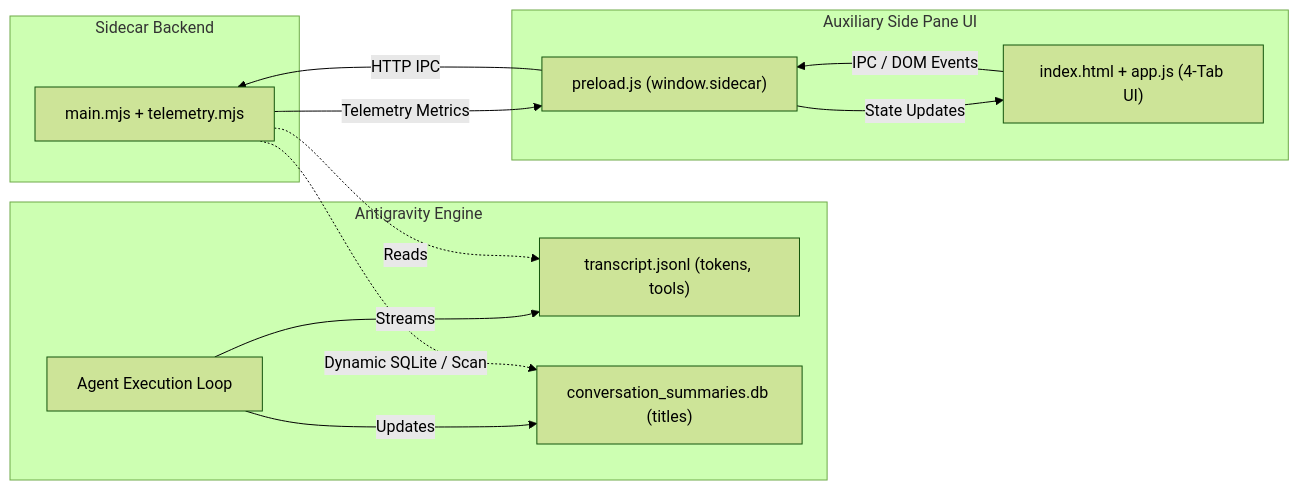
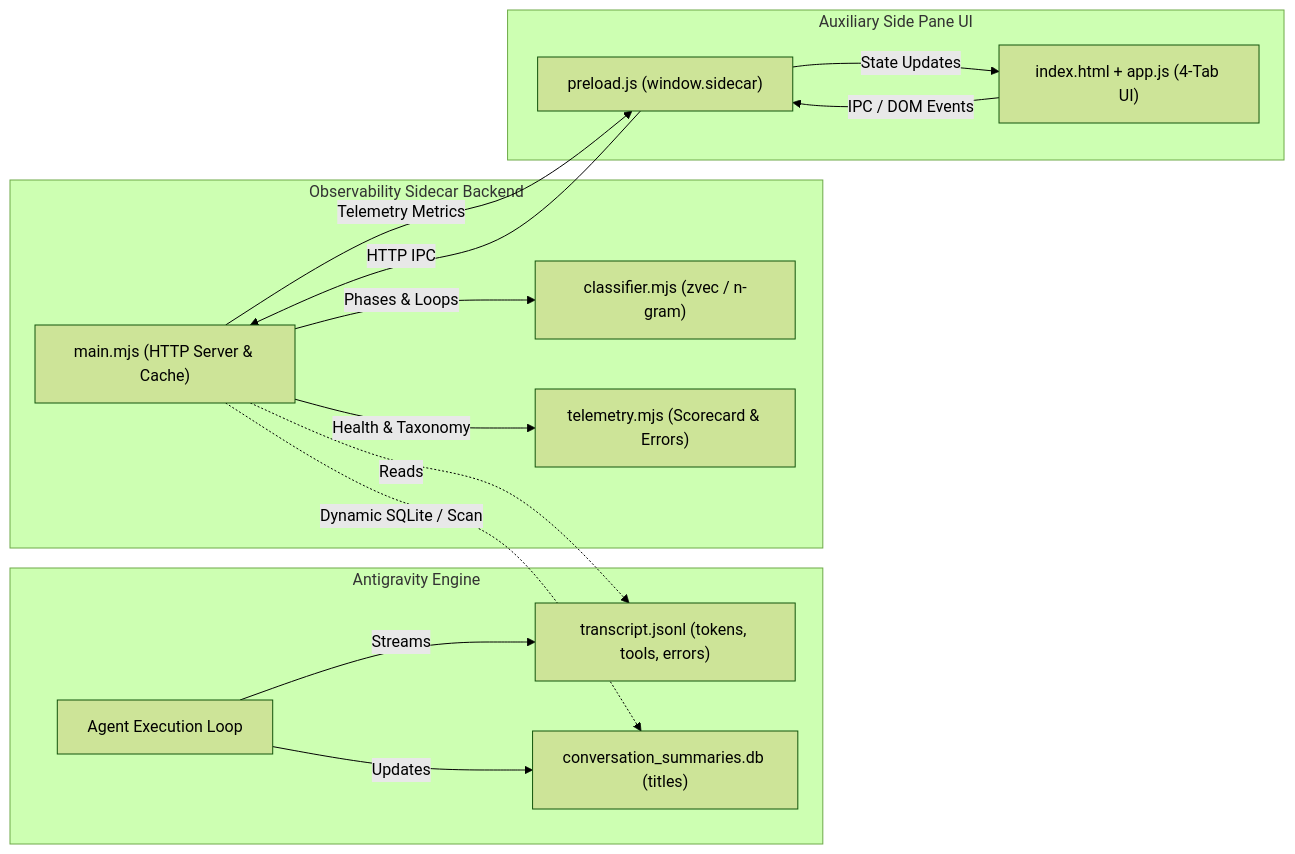
Before and after one commit to iamnottheone99/antigravity-observability: the diagram in README.md, drawn with Mermaid (forest theme). The commit also changed 20 other files, not shown here.

Commit message:
docs: refresh archify diagrams, graphify knowledge graph, and API references

````diff
--- a/README.md
+++ b/README.md
@@ -82,21 +82,23 @@
 ```mermaid
 flowchart LR
     subgraph AntigravityEngine["Antigravity Engine"]
-        Agent["Agent Execution Loop"] -->|Streams| Transcript["transcript.jsonl (tokens, tools)"]
+        Agent["Agent Execution Loop"] -->|Streams| Transcript["transcript.jsonl (tokens, tools, errors)"]
         Agent -->|Updates| DB["conversation_summaries.db (titles)"]
     end
 
-    subgraph SidecarBackend["Sidecar Backend"]
-        Backend["main.mjs + telemetry.mjs"] -.->|Reads| Transcript
+    subgraph SidecarBackend["Observability Sidecar Backend"]
+        Backend["main.mjs (HTTP Server & Cache)"] -.->|Reads| Transcript
         Backend -.->|Dynamic SQLite / Scan| DB
+        Backend -->|Phases & Loops| Classifier["classifier.mjs (zvec / n-gram)"]
+        Backend -->|Health & Taxonomy| Engine["telemetry.mjs (Scorecard & Errors)"]
     end
 
     subgraph AuxPane["Auxiliary Side Pane UI"]
         Bridge["preload.js (window.sidecar)"]
         Frontend["index.html + app.js (4-Tab UI)"]
         Frontend -->|IPC / DOM Events| Bridge
         Bridge -->|HTTP IPC| Backend
         Backend -->|Telemetry Metrics| Bridge
         Bridge -->|State Updates| Frontend
     end
 ```
````
